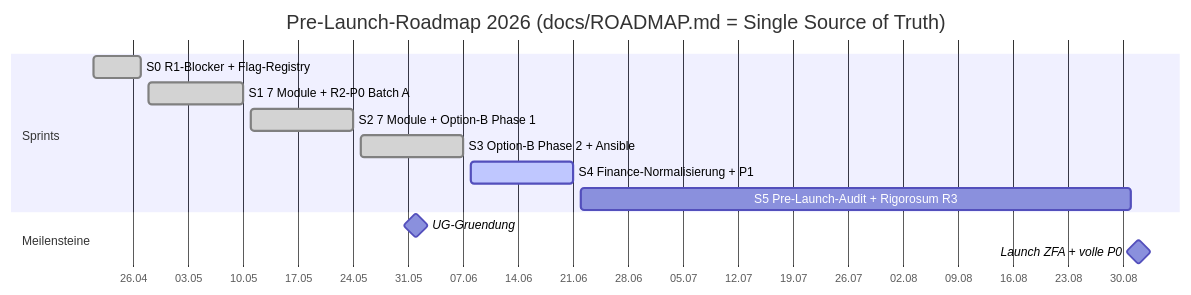
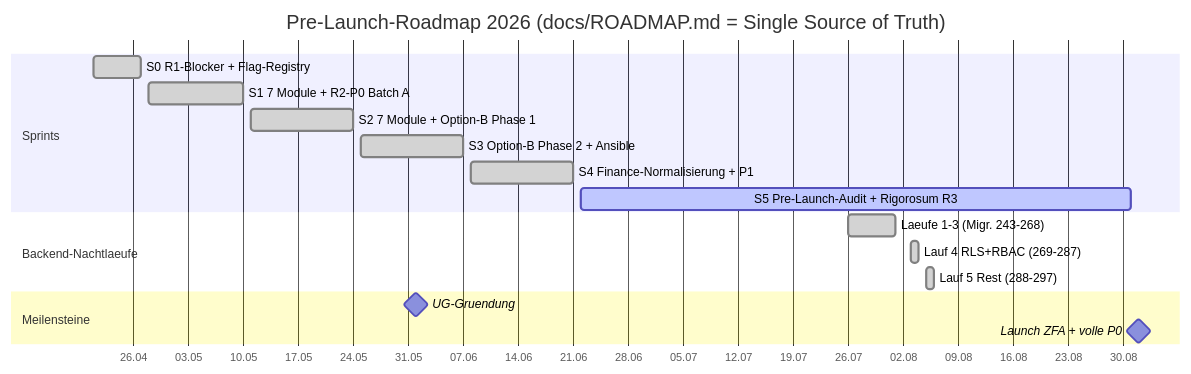
One commit to Lukes-Git-Beginning/KMU-Hub changed the second of 3 diagrams in .planning/status-overview.md. Above: the diagram before and after it, drawn with Mermaid. The commit also changed other lines of this file and 10 other files, not shown here.

````diff
--- a/.planning/status-overview.md
+++ b/.planning/status-overview.md
@@ -69,16 +93,20 @@
 ```mermaid
 gantt
     title Pre-Launch-Roadmap 2026 (docs/ROADMAP.md = Single Source of Truth)
     dateFormat YYYY-MM-DD
     axisFormat %d.%m
     section Sprints
-    S0 R1-Blocker + Flag-Registry      :done,   s0, 2026-04-21, 2026-04-27
-    S1 7 Module + R2-P0 Batch A         :done,   s1, 2026-04-28, 2026-05-10
-    S2 7 Module + Option-B Phase 1      :done,   s2, 2026-05-11, 2026-05-24
-    S3 Option-B Phase 2 + Ansible       :done,   s3, 2026-05-25, 2026-06-07
-    S4 Finance-Normalisierung + P1      :active, s4, 2026-06-08, 2026-06-21
-    S5 Pre-Launch-Audit + Rigorosum R3  :        s5, 2026-06-22, 2026-08-31
+    S0 R1-Blocker + Flag-Registry     :done,   s0, 2026-04-21, 2026-04-27
+    S1 7 Module + R2-P0 Batch A       :done,   s1, 2026-04-28, 2026-05-10
+    S2 7 Module + Option-B Phase 1    :done,   s2, 2026-05-11, 2026-05-24
+    S3 Option-B Phase 2 + Ansible     :done,   s3, 2026-05-25, 2026-06-07
+    S4 Finance-Normalisierung + P1    :done,   s4, 2026-06-08, 2026-06-21
+    S5 Pre-Launch-Audit + Rigorosum R3 :active, s5, 2026-06-22, 2026-08-31
+    section Backend-Nachtlaeufe
+    Laeufe 1-3 (Migr. 243-268)        :done,   n1, 2026-07-26, 2026-08-01
+    Lauf 4 RLS+RBAC (269-287)         :done,   n4, 2026-08-03, 1d
+    Lauf 5 Rest (288-297)             :done,   n5, 2026-08-05, 2026-08-06
     section Meilensteine
-    UG-Gruendung           :milestone, m1, 2026-06-01, 0d
-    Launch ZFA + volle P0  :milestone, m2, 2026-09-01, 0d
+    UG-Gruendung          :milestone, m1, 2026-06-01, 0d
+    Launch ZFA + volle P0 :milestone, m2, 2026-09-01, 0d
 ```
````
